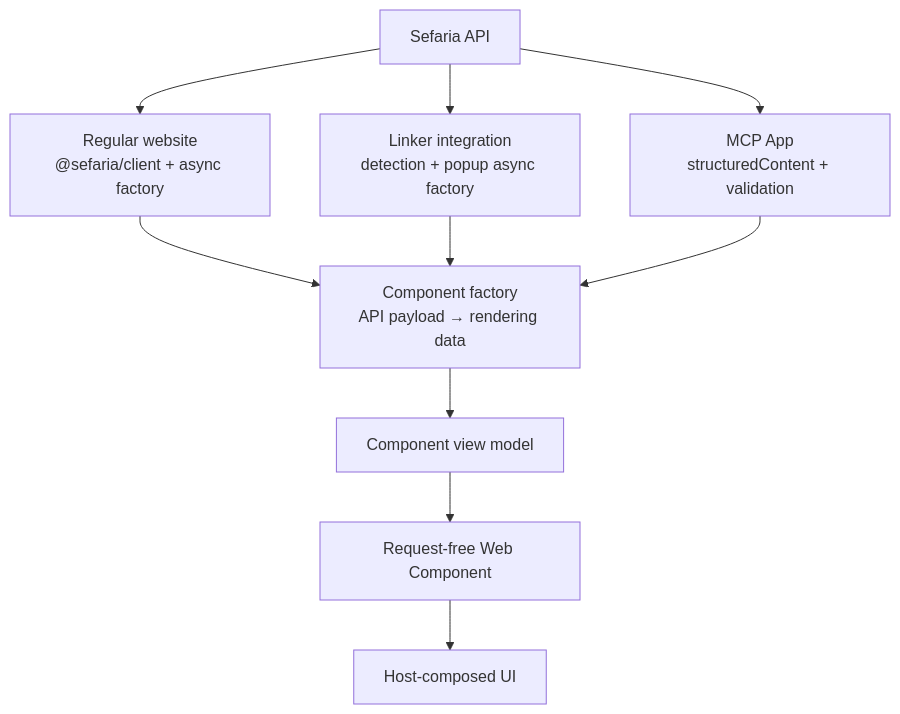
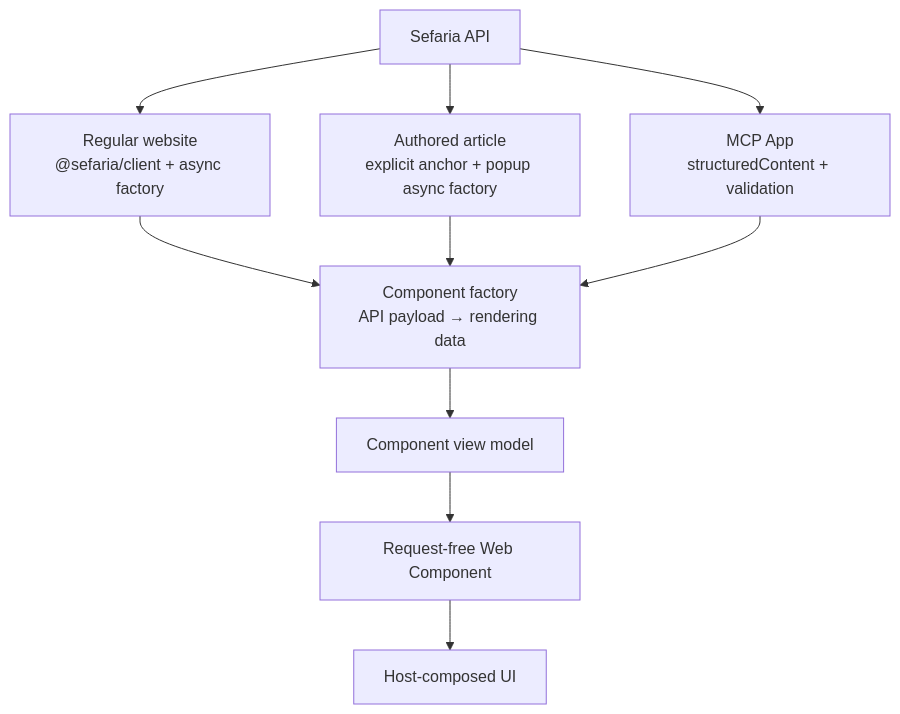
Before and after one commit to Arithmomaniac/sefaria-web-components: the diagram in docs/guides/data-flow.md, drawn with Mermaid. The commit also changed other lines of this file and 24 other files, not shown here.

````diff
--- a/docs/guides/data-flow.md
+++ b/docs/guides/data-flow.md
@@ -13,21 +13,21 @@
 ```mermaid
 flowchart TB
     API["Sefaria API"]
     SITE["Regular website<br/>@sefaria/client + async factory"]
-    LINKER["Linker integration<br/>detection + popup async factory"]
+    ARTICLE["Authored article<br/>explicit anchor + popup async factory"]
     MCP["MCP App<br/>structuredContent + validation"]
     FACTORY["Component factory<br/>API payload → rendering data"]
     VM["Component view model"]
     ELEMENT["Request-free Web Component"]
     UI["Host-composed UI"]
 
     API --> SITE
-    API --> LINKER
+    API --> ARTICLE
     API --> MCP
     SITE --> FACTORY
-    LINKER --> FACTORY
+    ARTICLE --> FACTORY
     MCP --> FACTORY
     FACTORY --> VM
     VM --> ELEMENT
     ELEMENT --> UI
 ```
````
